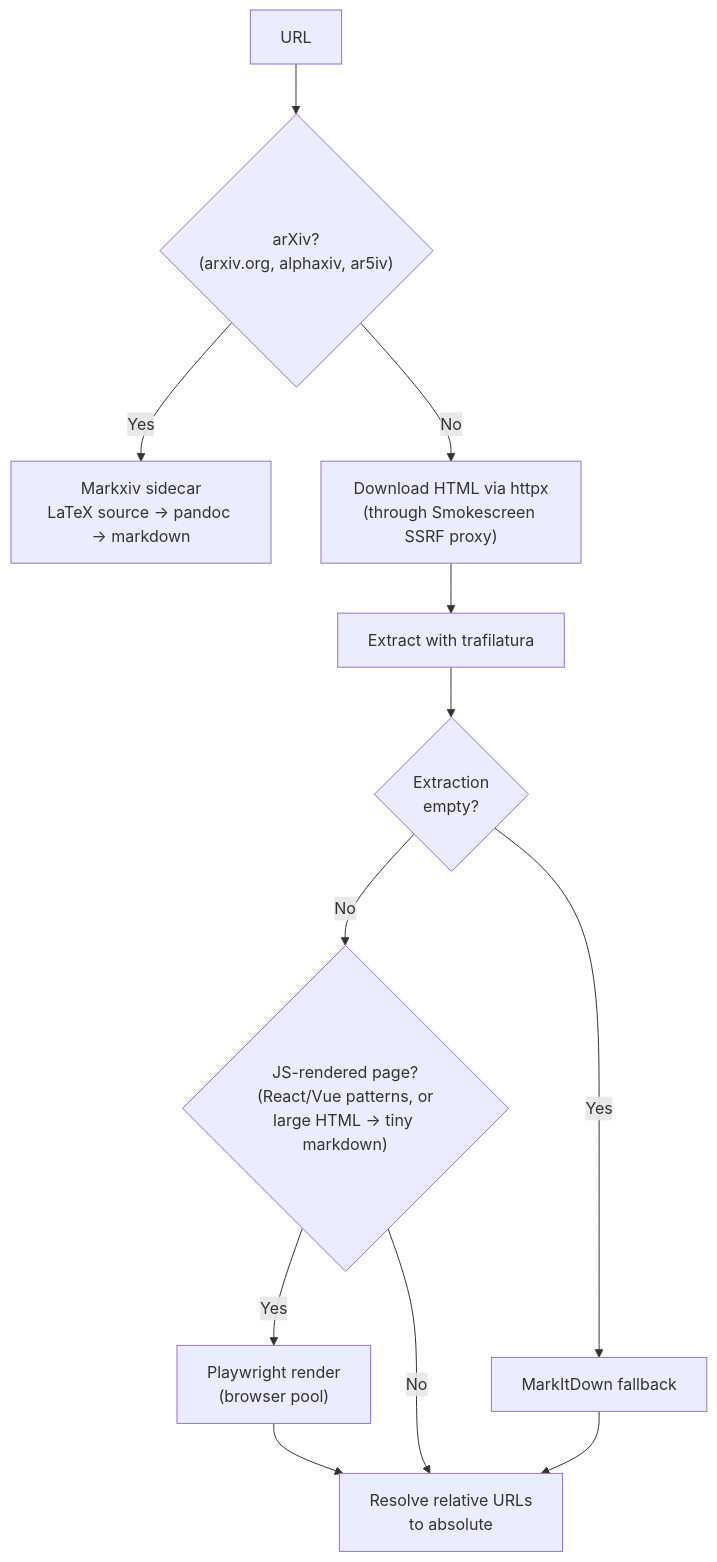
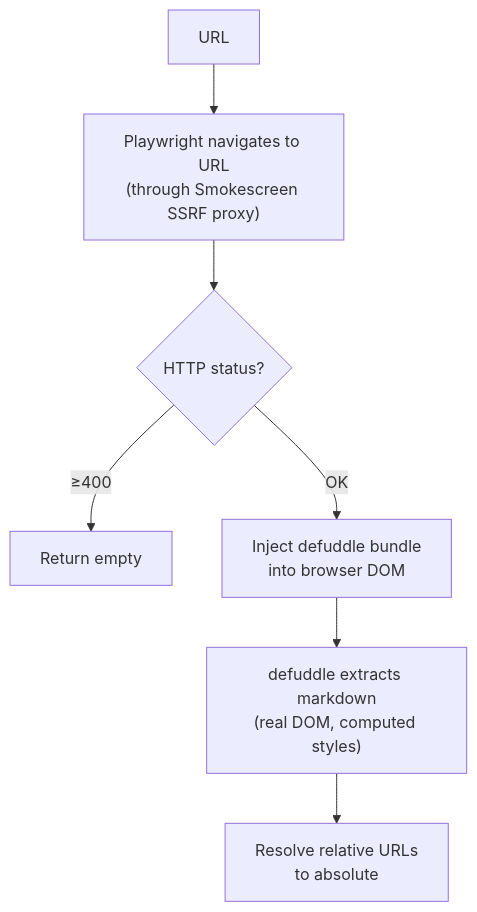
One commit to yapit-tts/yapit changed the third of 7 diagrams in docs/architecture.md. Above: the diagram before and after it, drawn with Mermaid. The commit also changed other lines of this file and 29 other files, not shown here.

First line of the commit message:
feat: replace trafilatura and markxiv with defuddle

````diff
--- a/docs/architecture.md
+++ b/docs/architecture.md
@@ -94,14 +93,9 @@
 ```mermaid
 flowchart TD
-    URL["URL"] --> AX{"arXiv?<br/>(arxiv.org, alphaxiv, ar5iv)"}
-    AX -->|Yes| MX["Markxiv sidecar<br/>LaTeX source → pandoc → markdown"]
-    AX -->|No| DL["Download HTML via httpx<br/>(through Smokescreen SSRF proxy)"]
-    DL --> TRAF["Extract with trafilatura"]
-    TRAF --> EMPTY{"Extraction<br/>empty?"}
-    EMPTY -->|Yes| FALLBACK["MarkItDown fallback"]
-    EMPTY -->|No| JS{"JS-rendered page?<br/>(React/Vue patterns, or<br/>large HTML → tiny markdown)"}
-    JS -->|Yes| PW["Playwright render<br/>(browser pool)"]
-    PW --> RESOLVE
-    JS -->|No| RESOLVE["Resolve relative URLs<br/>to absolute"]
-    FALLBACK --> RESOLVE
+    URL["URL"] --> PW["Playwright navigates to URL<br/>(through Smokescreen SSRF proxy)"]
+    PW --> STATUS{"HTTP status?"}
+    STATUS -->|≥400| EMPTY["Return empty"]
+    STATUS -->|OK| INJECT["Inject defuddle bundle<br/>into browser DOM"]
+    INJECT --> EXTRACT["defuddle extracts markdown<br/>(real DOM, computed styles)"]
+    EXTRACT --> RESOLVE["Resolve relative URLs<br/>to absolute"]
 ```
````
